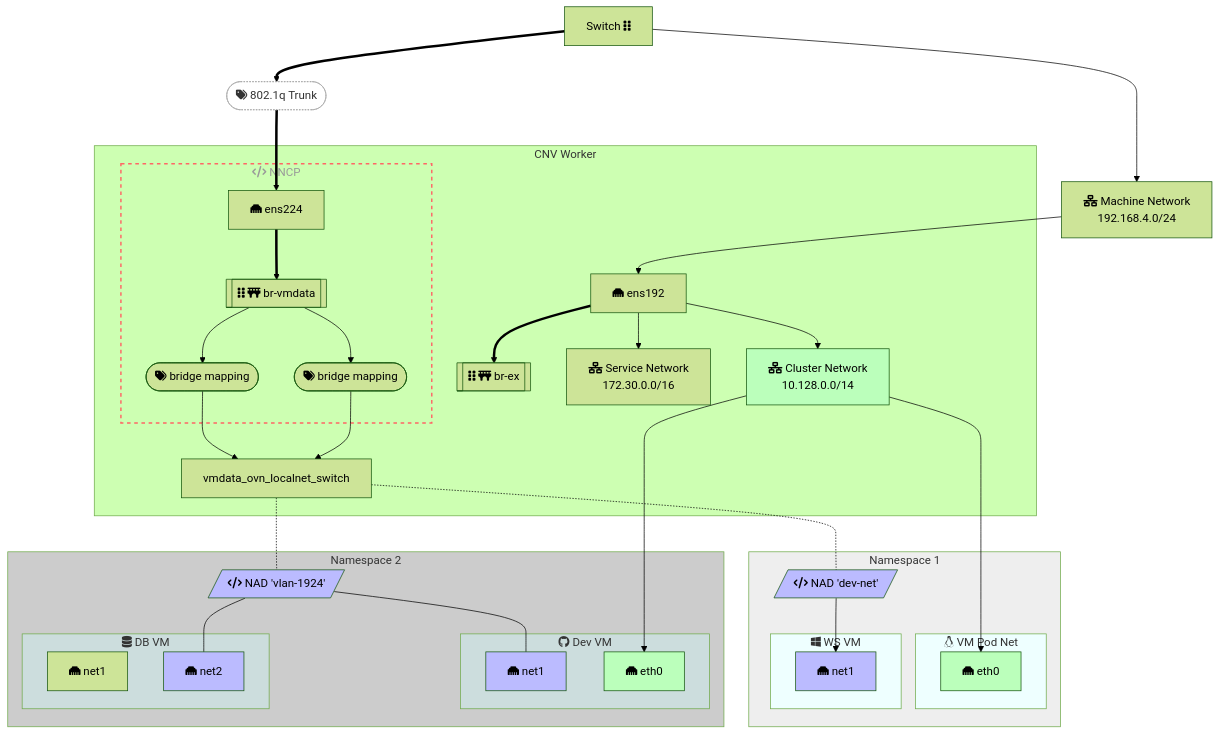
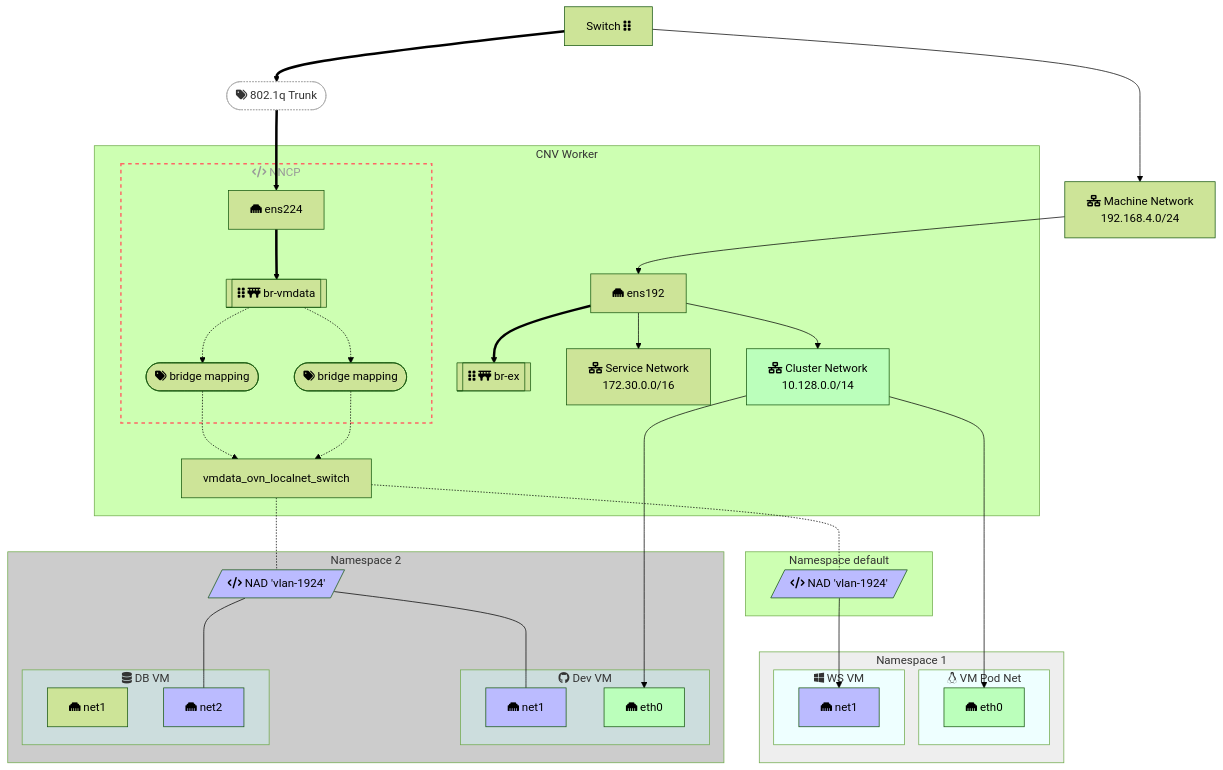
One commit to dlbewley/guifreelife-src changed the first of 2 diagrams in content/blog/Open-Virtual-Networking-with-OpenShift-Virtualization.md. Above: the diagram before and after it, drawn with Mermaid (forest theme). The commit also changed other lines of this file, not shown here.

````diff
--- a/content/blog/Open-Virtual-Networking-with-OpenShift-Virtualization.md
+++ b/content/blog/Open-Virtual-Networking-with-OpenShift-Virtualization.md
@@ -263,76 +265,80 @@
 ```mermaid
 graph TD;
 
   switch["Switch fa:fa-grip-vertical"]
   machinenet["fa:fa-network-wired Machine Network<br> 192.168.4.0/24"]
   switch --> machinenet --> ens192
   switch ==> T(["fa:fa-tags 802.1q Trunk"]) ==> ens224[ens224]
 
   subgraph node["CNV Worker"]
     ens192["fa:fa-ethernet ens192"]
     ens192 ==> br-ex[["fa:fa-grip-vertical fa:fa-bridge br-ex"]]
     servicenet["fa:fa-network-wired Service Network<br> 172.30.0.0/16"]
     clusternet["fa:fa-network-wired Cluster Network<br> 10.128.0.0/14"]
 
     ens192 --> servicenet
     ens192 --> clusternet
 
     subgraph nncp["fa:fa-code NNCP"]
       ens224["fa:fa-ethernet ens224"]
       ens224 ==> br-vmdata[["fa:fa-grip-vertical fa:fa-bridge br-vmdata"]]
-      br-vmdata --> BM1924(["fa:fa-tags bridge mapping"])
-      br-vmdata --> BM1926(["fa:fa-tags bridge mapping"])
+      br-vmdata -.-> BM1924(["fa:fa-tags bridge mapping"])
+      br-vmdata -.-> BM1926(["fa:fa-tags bridge mapping"])
 
     end
 
-    BM1924 --> vmdata_ovn_localnet_switch
-    BM1926 --> vmdata_ovn_localnet_switch
+    BM1924 -.-> vmdata_ovn_localnet_switch
+    BM1926 -.-> vmdata_ovn_localnet_switch
 
+  end
+
+  subgraph nsd["Namespace default"]
+    nsd-nad-1924[/"fa:fa-code NAD 'vlan-1924'"/]
   end
 
   subgraph ns1["Namespace 1"]
     subgraph ns1-vm1[fab:fa-linux VM Pod Net]
         nginx-nic["fa:fa-ethernet eth0"]
     end
     clusternet ----> nginx-nic
 
     subgraph ns1-vm2[fab:fa-windows WS VM]
         ns1-vm2-nic1["fa:fa-ethernet net1"]
     end
-    vmdata_ovn_localnet_switch  -.- ns1-nad-1924[/"fa:fa-code NAD 'dev-net'"/] --> ns1-vm2-nic1
+    vmdata_ovn_localnet_switch  -.- nsd-nad-1924 --> ns1-vm2-nic1
   end
 
   subgraph ns2["Namespace 2"]
     subgraph ns2-vm1[fab:fa-github Dev VM]
         ns2-vm1-nic1["fa:fa-ethernet net1"]
         ns2-vm1-nic2["fa:fa-ethernet eth0"]
     end
 
     clusternet --> ns2-vm1-nic2
 
     subgraph ns2-vm2["fa:fa-database DB VM"]
         ns2-vm2-nic1["fa:fa-ethernet net1"]
         ns2-vm2-nic2["fa:fa-ethernet net2"]
     end
 
     vmdata_ovn_localnet_switch -.- ns2-nad-1924[/"fa:fa-code NAD 'vlan-1924'"/] --- ns2-vm1-nic1
                 ns2-nad-1924                                   --- ns2-vm2-nic2
   end
 
   classDef clusterNet fill:#bfb
   class clusternet,nginx-nic,ns2-vm1-nic2 clusterNet
 
   classDef vlan-1924 fill:#bbf
-  class ens224.1924,br-1924,ns1-nad-1924,ns2-nad-1924,ns1-vm2-nic1,ns1-ws2-1924,ns2-vm1-nic1,ns2-vm2-nic2 vlan-1924
+  class ens224.1924,br-1924,nsd-nad-1924,ns1-nad-1924,ns2-nad-1924,ns1-vm2-nic1,ns1-ws2-1924,ns2-vm1-nic1,ns2-vm2-nic2 vlan-1924
 
   style nncp stroke:#f66,stroke-width:2px,color:#999,stroke-dasharray: 5 5
   style T fill:white,stroke:darkgrey,stroke-width:1px,color:#333,stroke-dasharray: 2 2
 
   classDef ns1-vm fill:#eff
   class ns1-vm1,ns1-vm2 ns1-vm
   style ns1 fill:#eee
 
   classDef ns2-vm fill:#cdd
   class ns2-vm1,ns2-vm2,ns2-vm3 ns2-vm
   style ns2 fill:#ccc
 ```
````
